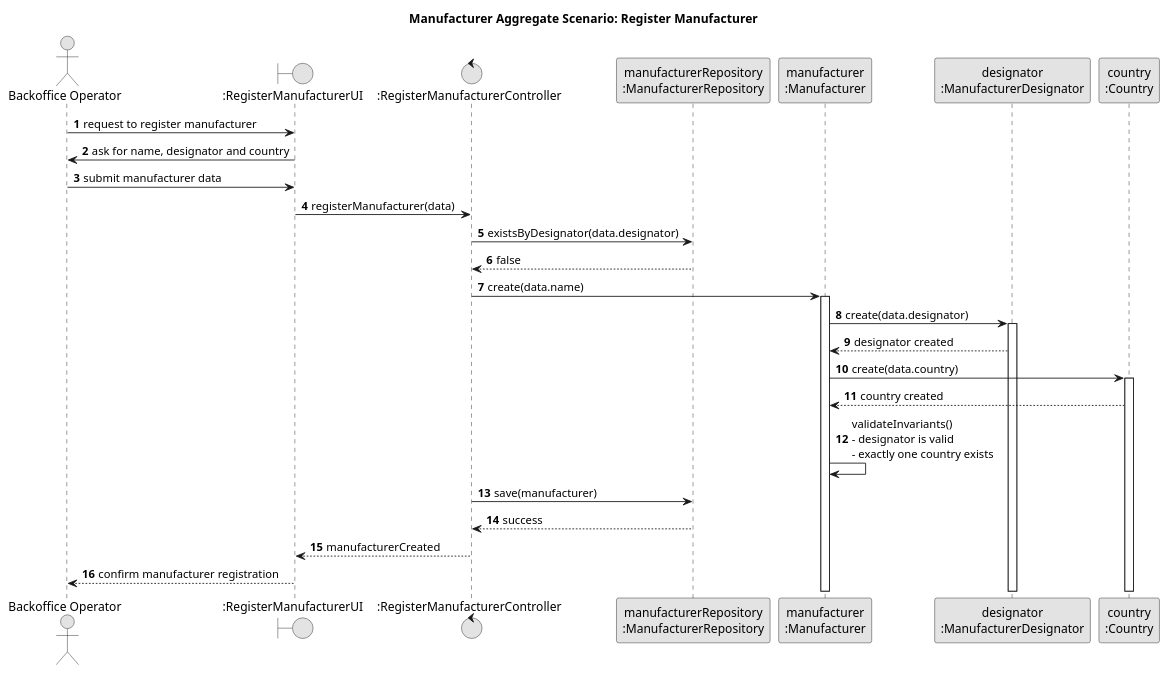
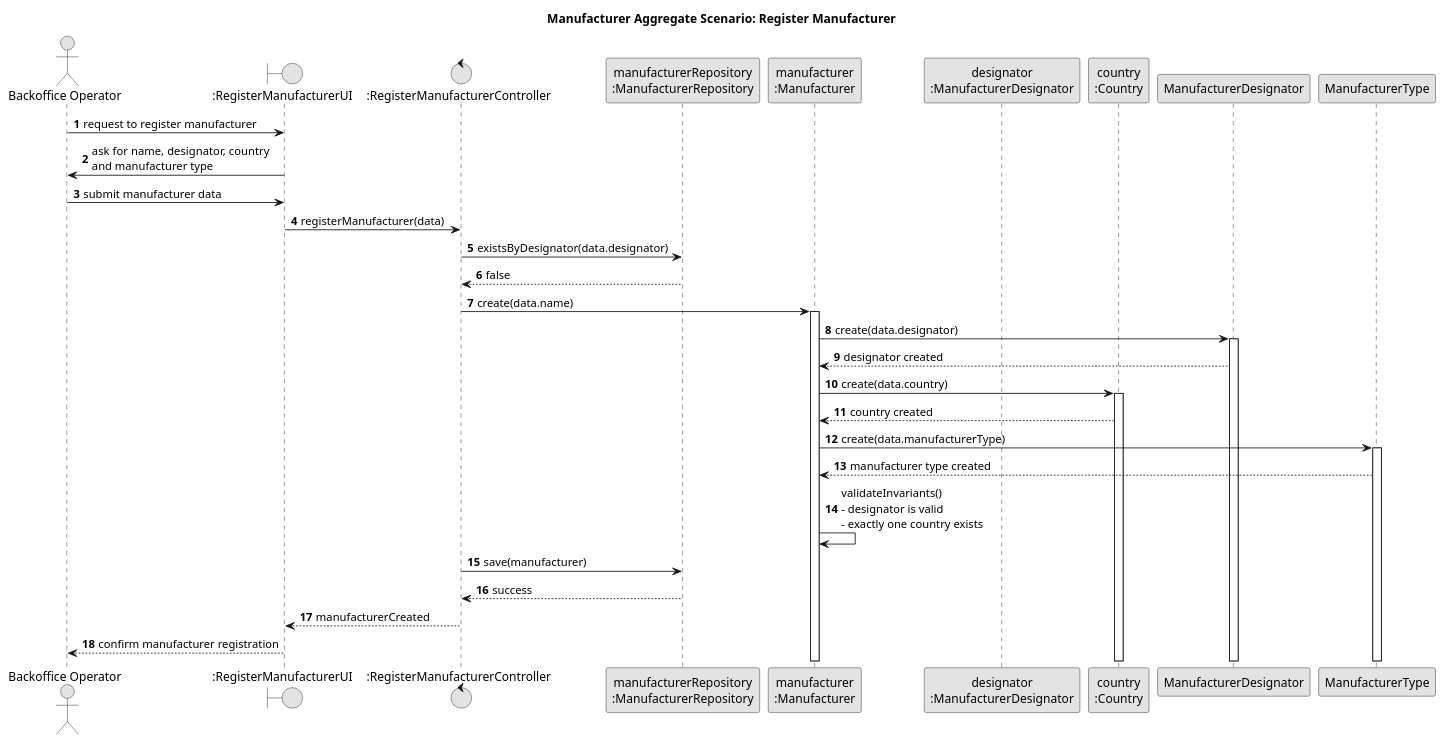
The diagram in docs/global-artifacts/03.design/puml/ManufacturerAggregate-SD.puml (GustavoFerreira24/flight-management-platform), drawn with PlantUML before and after one commit. The commit also changed 5 other files, not shown here.

```diff
--- a/docs/global-artifacts/03.design/puml/ManufacturerAggregate-SD.puml
+++ b/docs/global-artifacts/03.design/puml/ManufacturerAggregate-SD.puml
@@ -1,43 +1,46 @@
 @startuml
 title Manufacturer Aggregate Scenario: Register Manufacturer
 
 skinparam monochrome true
 skinparam packageStyle rectangle
 skinparam shadowing false
 
 autonumber
 
 actor "Backoffice Operator" as BO
 boundary ":RegisterManufacturerUI" as UI
 control ":RegisterManufacturerController" as C
 participant "manufacturerRepository\n:ManufacturerRepository" as ManufacturerRepo
 participant "manufacturer\n:Manufacturer" as Manufacturer
 participant "designator\n:ManufacturerDesignator" as Designator
 participant "country\n:Country" as Country
 
 BO -> UI : request to register manufacturer
-UI -> BO : ask for name, designator and country
+UI -> BO : ask for name, designator, country\nand manufacturer type
 
 BO -> UI : submit manufacturer data
 UI -> C : registerManufacturer(data)
 
 C -> ManufacturerRepo : existsByDesignator(data.designator)
 ManufacturerRepo --> C : false
 
 C -> Manufacturer ++ : create(data.name)
 
-Manufacturer -> Designator ++ : create(data.designator)
-Designator --> Manufacturer : designator created
+Manufacturer -> ManufacturerDesignator ++ : create(data.designator)
+ManufacturerDesignator --> Manufacturer : designator created
 
 Manufacturer -> Country ++ : create(data.country)
 Country --> Manufacturer : country created
+
+Manufacturer -> ManufacturerType ++ : create(data.manufacturerType)
+ManufacturerType --> Manufacturer : manufacturer type created
 
 Manufacturer -> Manufacturer : validateInvariants()\n- designator is valid\n- exactly one country exists
 
 C -> ManufacturerRepo : save(manufacturer)
 ManufacturerRepo --> C : success
 
 C --> UI : manufacturerCreated
 UI --> BO : confirm manufacturer registration
 
 @enduml
```
